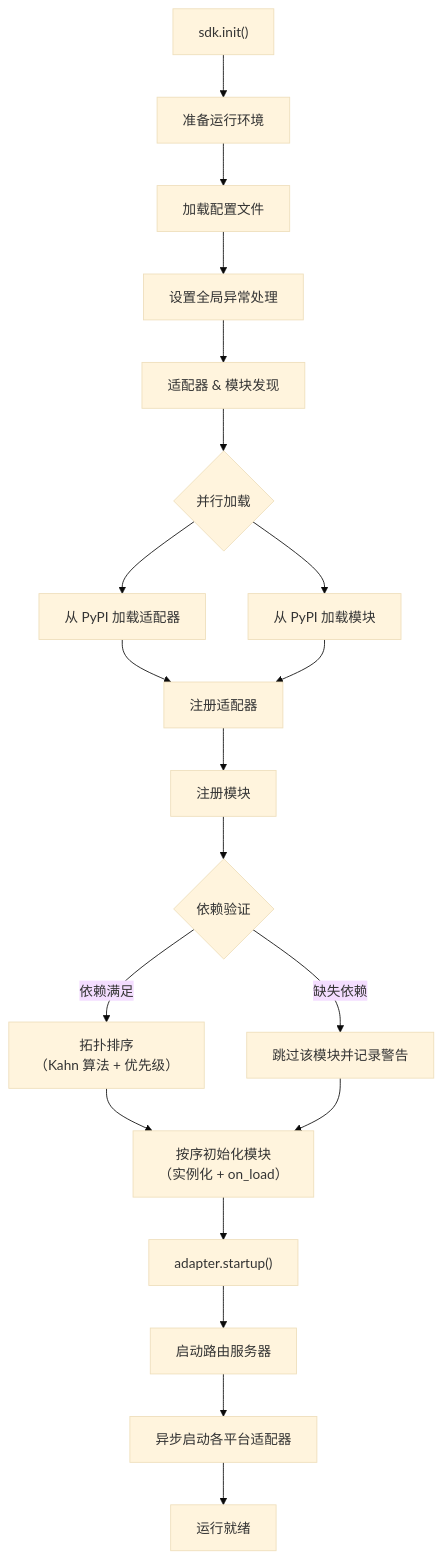
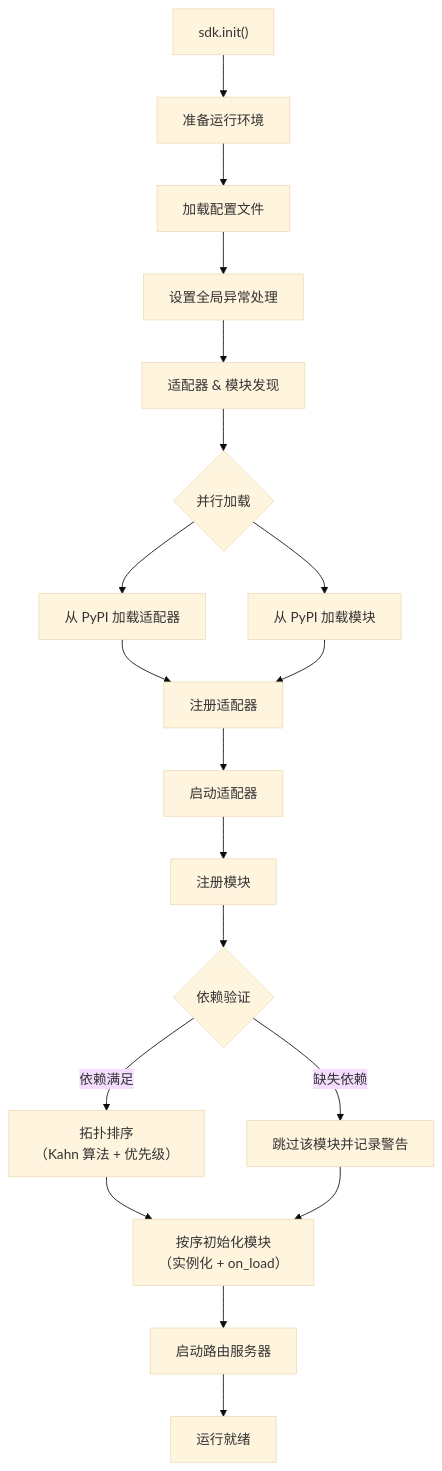
The second of 5 diagrams in docs/zh-CN/architecture.md (ErisPulse/ErisPulse), drawn with Mermaid (base theme) before and after one commit. The commit also changed other lines of this file and 3 other files, not shown here.

````diff
--- a/docs/zh-CN/architecture.md
+++ b/docs/zh-CN/architecture.md
@@ -60,21 +60,20 @@
 ```mermaid
 flowchart TD
     A["sdk.init()"] --> B["准备运行环境"]
     B --> B1["加载配置文件"]
     B1 --> B2["设置全局异常处理"]
     B2 --> C["适配器 & 模块发现"]
     C --> D{"并行加载"}
     D --> D1["从 PyPI 加载适配器"]
     D --> D2["从 PyPI 加载模块"]
     D1 & D2 --> E["注册适配器"]
-    E --> F["注册模块"]
+    E --> E1["启动适配器"]
+    E1 --> F["注册模块"]
     F --> F1{"依赖验证"}
     F1 -->|"缺失依赖"| F2["跳过该模块并记录警告"]
     F1 -->|"依赖满足"| F3["拓扑排序<br/>（Kahn 算法 + 优先级）"]
     F3 --> G["按序初始化模块<br/>（实例化 + on_load）"]
     F2 --> G
-    G --> H["adapter.startup()"]
-    H --> I["启动路由服务器"]
-    I --> J["异步启动各平台适配器"]
-    J --> K["运行就绪"]
+    G --> H["启动路由服务器"]
+    H --> K["运行就绪"]
 ```
````
